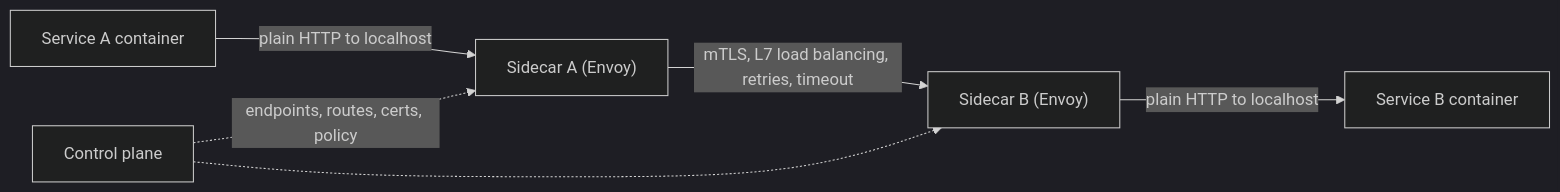
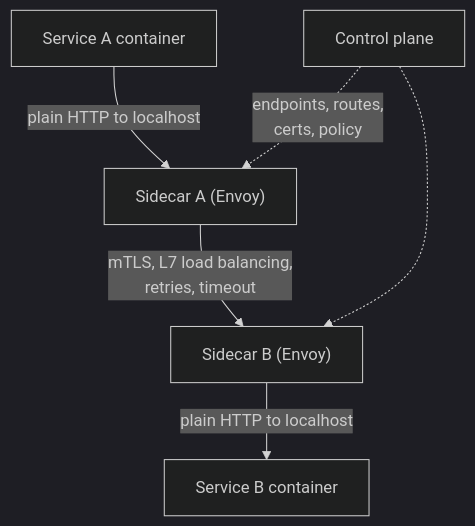
Before and after one commit to Siva010/CoreCS: the diagram in content/lessons/cn/cn-service-networking.md, drawn with Mermaid (dark theme). The commit also changed 19 other files, not shown here.

First line of the commit message:
Merge the OS and Networks diagram readability fixes

````diff
--- a/content/lessons/cn/cn-service-networking.md
+++ b/content/lessons/cn/cn-service-networking.md
@@ -61,8 +61,8 @@
 ```mermaid
-flowchart LR
+flowchart TD
     A["Service A container"] -->|"plain HTTP to localhost"| PA["Sidecar A (Envoy)"]
-    PA -->|"mTLS, L7 load balancing, retries, timeout"| PB["Sidecar B (Envoy)"]
+    PA -->|"mTLS, L7 load balancing,<br/>retries, timeout"| PB["Sidecar B (Envoy)"]
     PB -->|"plain HTTP to localhost"| B["Service B container"]
-    CP["Control plane"] -.->|"endpoints, routes, certs, policy"| PA
+    CP["Control plane"] -.->|"endpoints, routes,<br/>certs, policy"| PA
     CP -.-> PB
 ```
````
